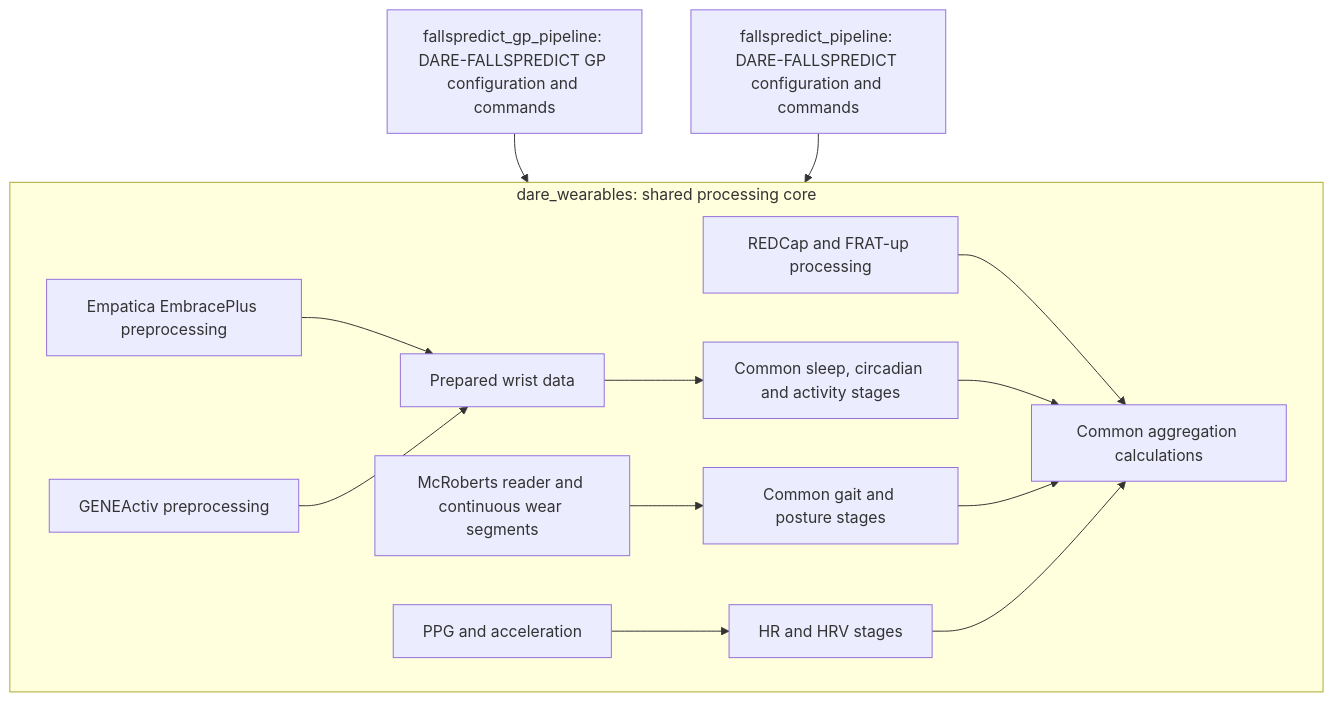
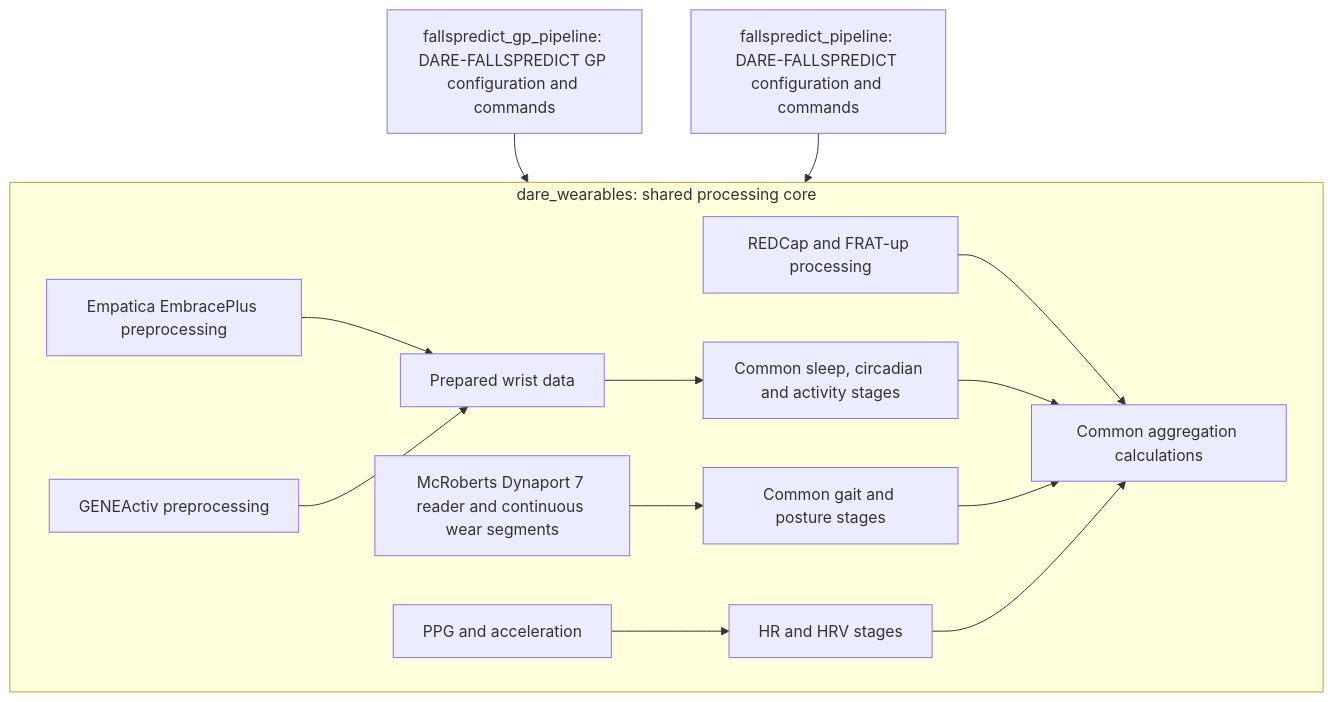
One commit to marcellosicbaldi/DARE-wearable-pipelines changed the first of 2 diagrams in docs/pipeline_diagram.md. Above: the diagram before and after it, drawn with Mermaid. The commit also changed other lines of this file and 2 other files, not shown here.

Commit message:
Name McRoberts Dynaport 7 in sensor documentation

````diff
--- a/docs/pipeline_diagram.md
+++ b/docs/pipeline_diagram.md
@@ -7,16 +7,16 @@
 ```mermaid
 flowchart TD
     BO["fallspredict_gp_pipeline: DARE-FALLSPREDICT GP configuration and commands"] --> CORE
     RA["fallspredict_pipeline: DARE-FALLSPREDICT configuration and commands"] --> CORE
     subgraph CORE["dare_wearables: shared processing core"]
         EMP["Empatica EmbracePlus preprocessing"] --> PRE["Prepared wrist data"]
         GEN["GENEActiv preprocessing"] --> PRE
         PRE --> WRIST["Common sleep, circadian and activity stages"]
-        IMU["McRoberts reader and continuous wear segments"] --> LB["Common gait and posture stages"]
+        IMU["McRoberts Dynaport 7 reader and continuous wear segments"] --> LB["Common gait and posture stages"]
         PPG["PPG and acceleration"] --> HR["HR and HRV stages"]
         CLINICAL["REDCap and FRAT-up processing"] --> AGG["Common aggregation calculations"]
         WRIST --> AGG
         LB --> AGG
         HR --> AGG
     end
 ```
````
